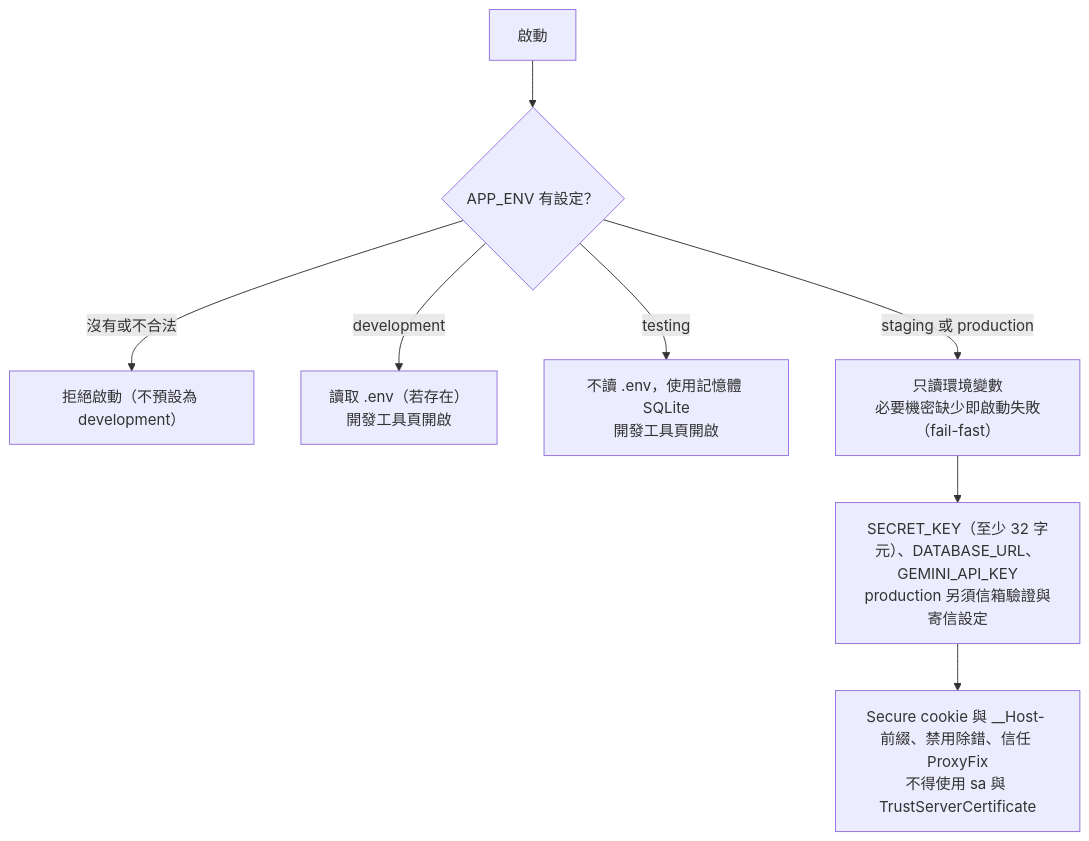
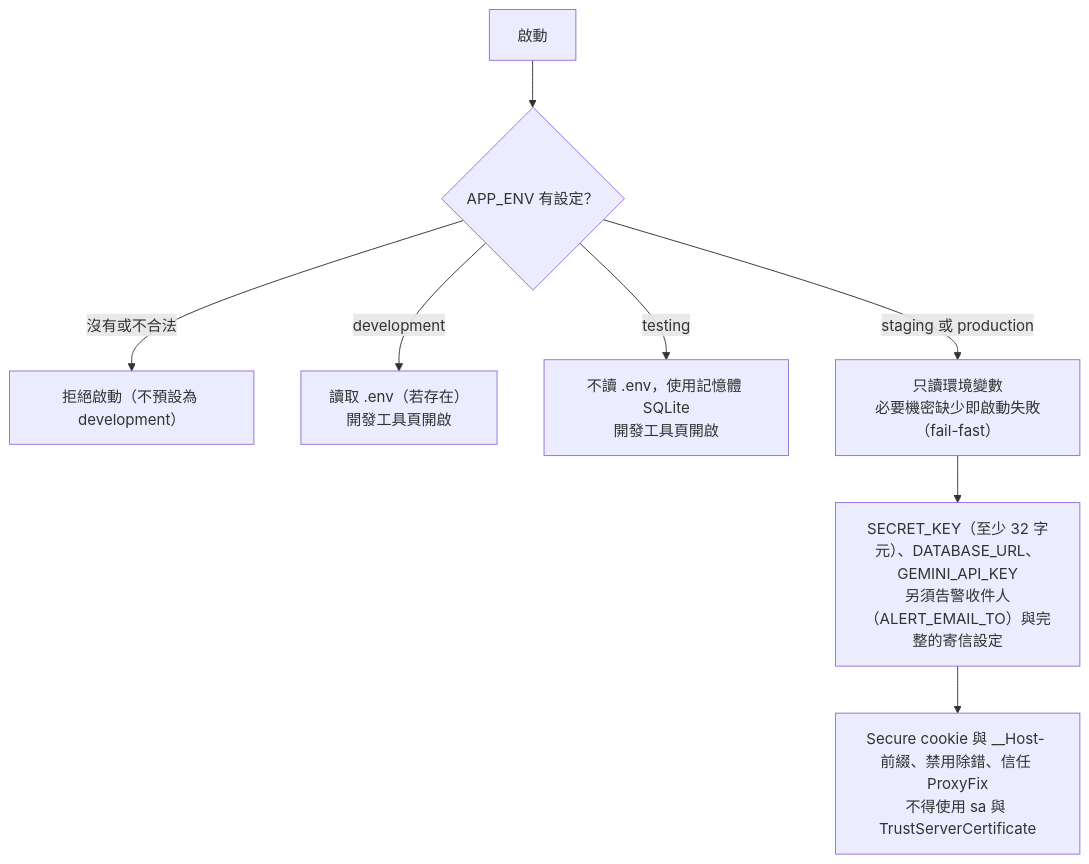
Before and after one commit to pp466pp466/R.A.C: the first of 6 diagrams in docs/營運與部署-operations.md, drawn with Mermaid. The commit also changed other lines of this file and 110 other files, not shown here.

````diff
--- a/docs/營運與部署-operations.md
+++ b/docs/營運與部署-operations.md
@@ -10,10 +10,10 @@
 ```mermaid
 flowchart TD
     Start["啟動"] --> Env{"APP_ENV 有設定？"}
     Env -->|"沒有或不合法"| Refuse["拒絕啟動（不預設為 development）"]
     Env -->|"development"| Dev["讀取 .env（若存在）<br/>開發工具頁開啟"]
     Env -->|"testing"| Test["不讀 .env，使用記憶體 SQLite<br/>開發工具頁開啟"]
     Env -->|"staging 或 production"| Prod["只讀環境變數<br/>必要機密缺少即啟動失敗（fail-fast）"]
-    Prod --> Req["SECRET_KEY（至少 32 字元）、DATABASE_URL、GEMINI_API_KEY<br/>production 另須信箱驗證與寄信設定"]
+    Prod --> Req["SECRET_KEY（至少 32 字元）、DATABASE_URL、GEMINI_API_KEY<br/>另須告警收件人（ALERT_EMAIL_TO）與完整的寄信設定"]
     Req --> Flags["Secure cookie 與 __Host- 前綴、禁用除錯、信任 ProxyFix<br/>不得使用 sa 與 TrustServerCertificate"]
 ```
````
